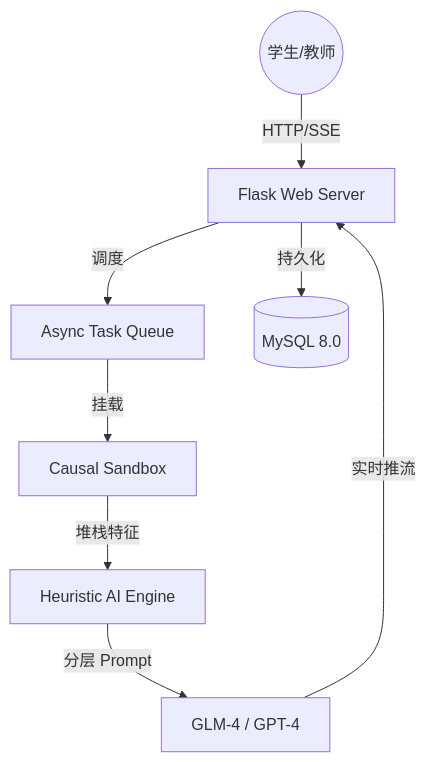
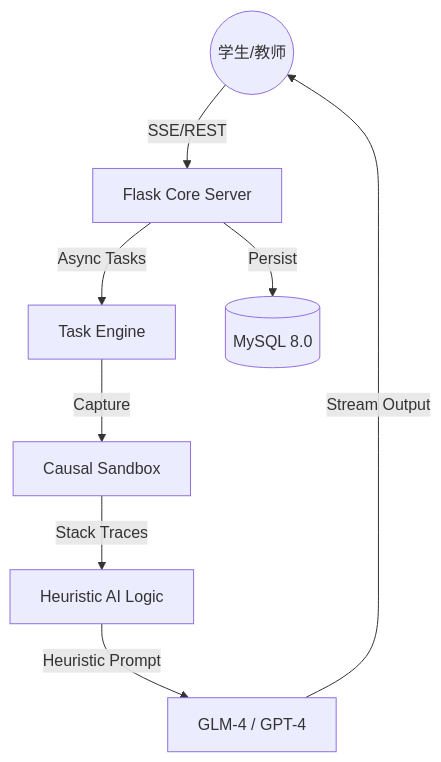
Before and after one commit to Swan1127/CodeSense: the diagram in README.md, drawn with Mermaid. The commit also changed other lines of this file and 3 other files, not shown here.

````diff
--- a/README.md
+++ b/README.md
@@ -70,10 +64,10 @@
 ```mermaid
 graph TD
-    User((学生/教师)) -->|HTTP/SSE| Web[Flask Web Server]
-    Web -->|调度| Queue[Async Task Queue]
-    Queue -->|挂载| Sandbox[Causal Sandbox]
-    Sandbox -->|堆栈特征| AI[Heuristic AI Engine]
-    AI -->|分层 Prompt| LLM[GLM-4 / GPT-4]
-    LLM -->|实时推流| Web
-    Web -->|持久化| DB[(MySQL 8.0)]
+    User((学生/教师)) -->|SSE/REST| Web[Flask Core Server]
+    Web -->|Async Tasks| Queue[Task Engine]
+    Queue -->|Capture| Sandbox[Causal Sandbox]
+    Sandbox -->|Stack Traces| AI[Heuristic AI Logic]
+    AI -->|Heuristic Prompt| LLM[GLM-4 / GPT-4]
+    LLM -->|Stream Output| User
+    Web -->|Persist| DB[(MySQL 8.0)]
 ```
````
